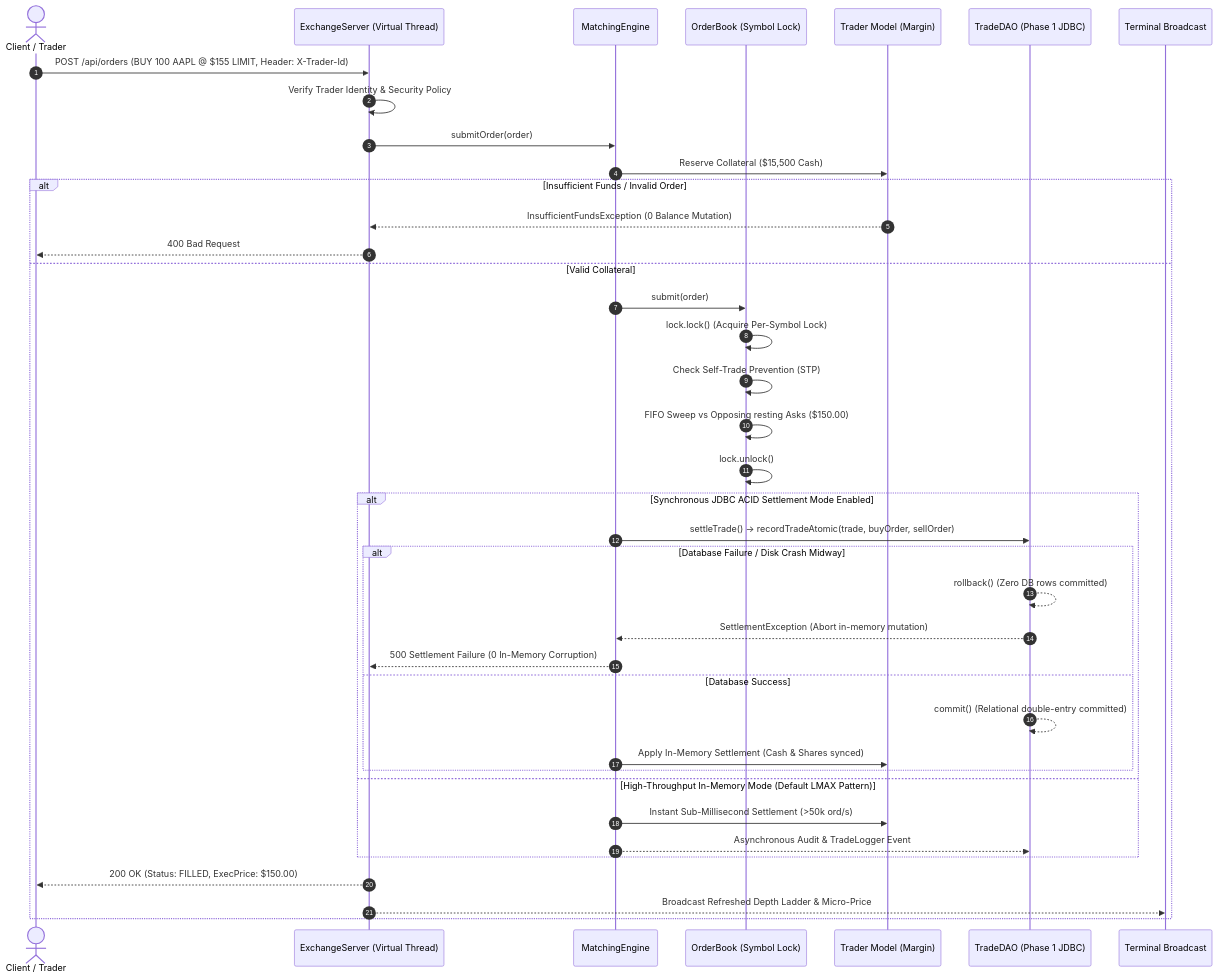
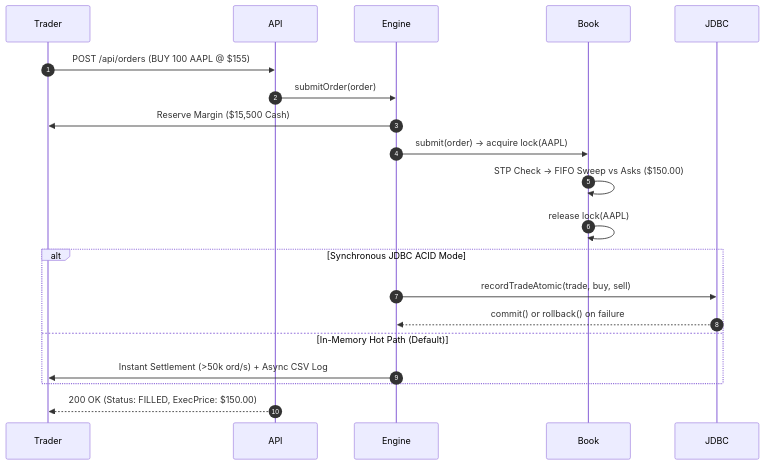
One commit to mansi25bai11449-uni/Market-Pulse changed the second of 3 diagrams in README.md. Above: the diagram before and after it, drawn with Mermaid. The commit also changed other lines of this file, not shown here.

````diff
--- a/README.md
+++ b/README.md
@@ -84,42 +71,17 @@
 ```mermaid
 sequenceDiagram
     autonumber
-    actor Trader as Client / Trader
-    participant API as ExchangeServer (Virtual Thread)
-    participant Engine as MatchingEngine
-    participant Book as OrderBook (Symbol Lock)
-    participant Model as Trader Model (Margin)
-    participant JDBC as TradeDAO (Phase 1 JDBC)
-    participant Web as Terminal Broadcast
-
-    Trader->>API: POST /api/orders (BUY 100 AAPL @ $155 LIMIT, Header: X-Trader-Id)
-    API->>API: Verify Trader Identity & Security Policy
+    Trader->>API: POST /api/orders (BUY 100 AAPL @ $155)
     API->>Engine: submitOrder(order)
-    Engine->>Model: Reserve Collateral ($15,500 Cash)
-    alt Insufficient Funds / Invalid Order
-        Model-->>API: InsufficientFundsException (0 Balance Mutation)
-        API-->>Trader: 400 Bad Request
-    else Valid Collateral
-        Engine->>Book: submit(order)
-        Book->>Book: lock.lock() (Acquire Per-Symbol Lock)
-        Book->>Book: Check Self-Trade Prevention (STP)
-        Book->>Book: FIFO Sweep vs Opposing resting Asks ($150.00)
-        Book->>Book: lock.unlock()
-        alt Synchronous JDBC ACID Settlement Mode Enabled
-            Engine->>JDBC: settleTrade() -> recordTradeAtomic(trade, buyOrder, sellOrder)
-            alt Database Failure / Disk Crash Midway
-                JDBC-->>JDBC: rollback() (Zero DB rows committed)
-                JDBC-->>Engine: SettlementException (Abort in-memory mutation)
-                Engine-->>API: 500 Settlement Failure (0 In-Memory Corruption)
-            else Database Success
-                JDBC-->>JDBC: commit() (Relational double-entry committed)
-                Engine->>Model: Apply In-Memory Settlement (Cash & Shares synced)
-            end
-        else High-Throughput In-Memory Mode (Default LMAX Pattern)
-            Engine->>Model: Instant Sub-Millisecond Settlement (>50k ord/s)
-            Engine-->>JDBC: Asynchronous Audit & TradeLogger Event
-        end
-        API-->>Trader: 200 OK (Status: FILLED, ExecPrice: $150.00)
-        API-->>Web: Broadcast Refreshed Depth Ladder & Micro-Price
+    Engine->>Trader: Reserve Margin ($15,500 Cash)
+    Engine->>Book: submit(order) -> acquire lock(AAPL)
+    Book->>Book: STP Check -> FIFO Sweep vs Asks ($150.00)
+    Book->>Book: release lock(AAPL)
+    alt Synchronous JDBC ACID Mode
+        Engine->>JDBC: recordTradeAtomic(trade, buy, sell)
+        JDBC-->>Engine: commit() or rollback() on failure
+    else In-Memory Hot Path (Default)
+        Engine->>Trader: Instant Settlement (>50k ord/s) + Async CSV Log
     end
+    API-->>Trader: 200 OK (Status: FILLED, ExecPrice: $150.00)
 ```
````
